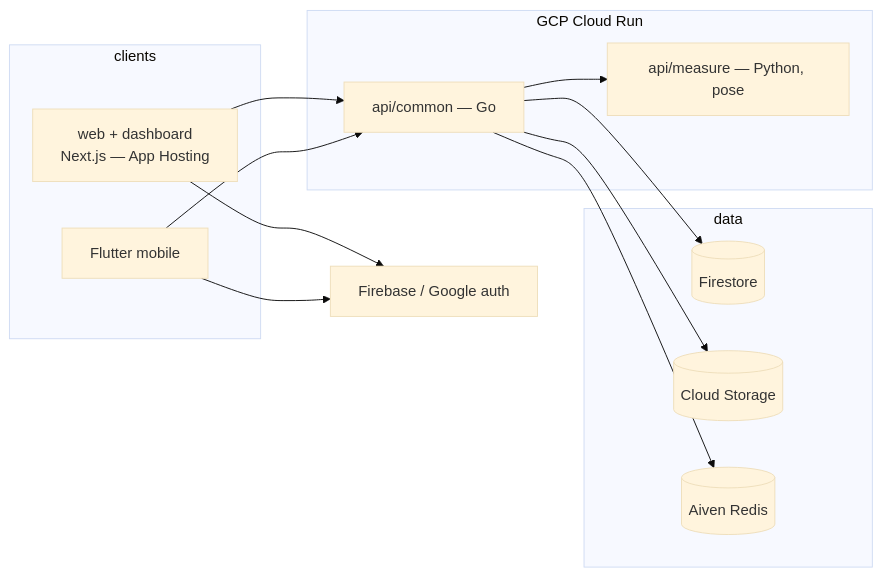
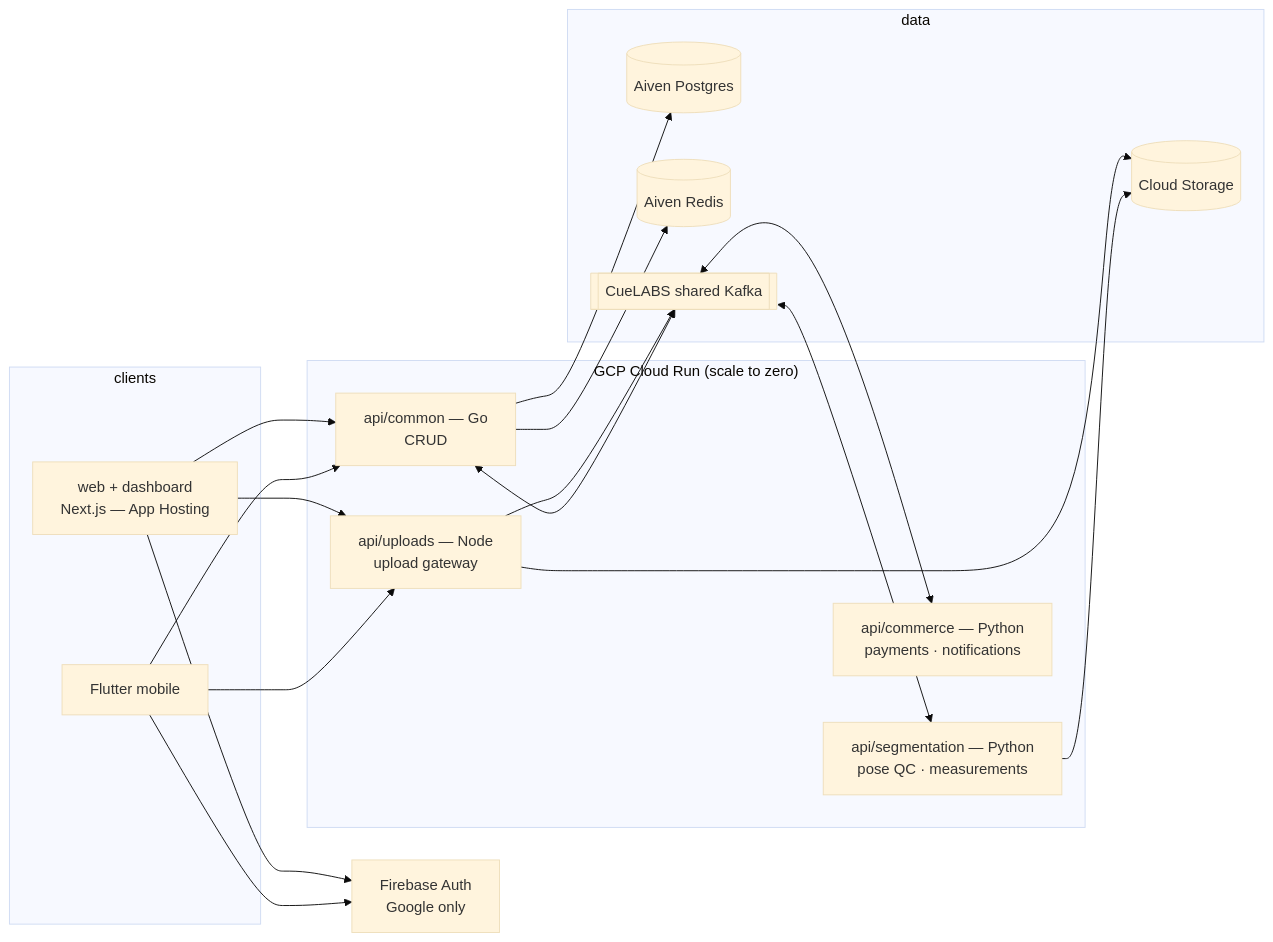
The diagram in docs/overview.md (cuesoftinc/apparule), drawn with Mermaid (base theme) before and after one commit. The commit also changed other lines of this file and 304 other files, not shown here.

First line of the commit message:
feat: build common, uploads, segmentation and commerce on the ratified system design (#244)

````diff
--- a/docs/overview.md
+++ b/docs/overview.md
@@ -9,25 +10,34 @@
 ```mermaid
 flowchart LR
     subgraph clients
         WEB[web + dashboard<br/>Next.js — App Hosting]
         MOB[Flutter mobile]
     end
-    FB[Firebase / Google auth]
-    subgraph server["GCP Cloud Run"]
-        AC[api/common — Go]
-        AM[api/measure — Python, pose]
+    FB[Firebase Auth<br/>Google only]
+    subgraph server["GCP Cloud Run (scale to zero)"]
+        AC[api/common — Go<br/>CRUD]
+        UP[api/uploads — Node<br/>upload gateway]
+        SG[api/segmentation — Python<br/>pose QC · measurements]
+        CM[api/commerce — Python<br/>payments · notifications]
     end
     subgraph data
-        FS[(Firestore)]
+        PG[(Aiven Postgres)]
         CS[(Cloud Storage)]
         RD[(Aiven Redis)]
+        K[[CueLABS shared Kafka]]
     end
     WEB --> FB
     MOB --> FB
     WEB --> AC
     MOB --> AC
-    AC --> AM
-    AC --> FS
-    AC --> CS
+    WEB --> UP
+    MOB --> UP
+    AC --> PG
     AC --> RD
+    UP --> CS
+    UP --> K
+    AC <--> K
+    K <--> SG
+    K <--> CM
+    SG --> CS
 ```
````
